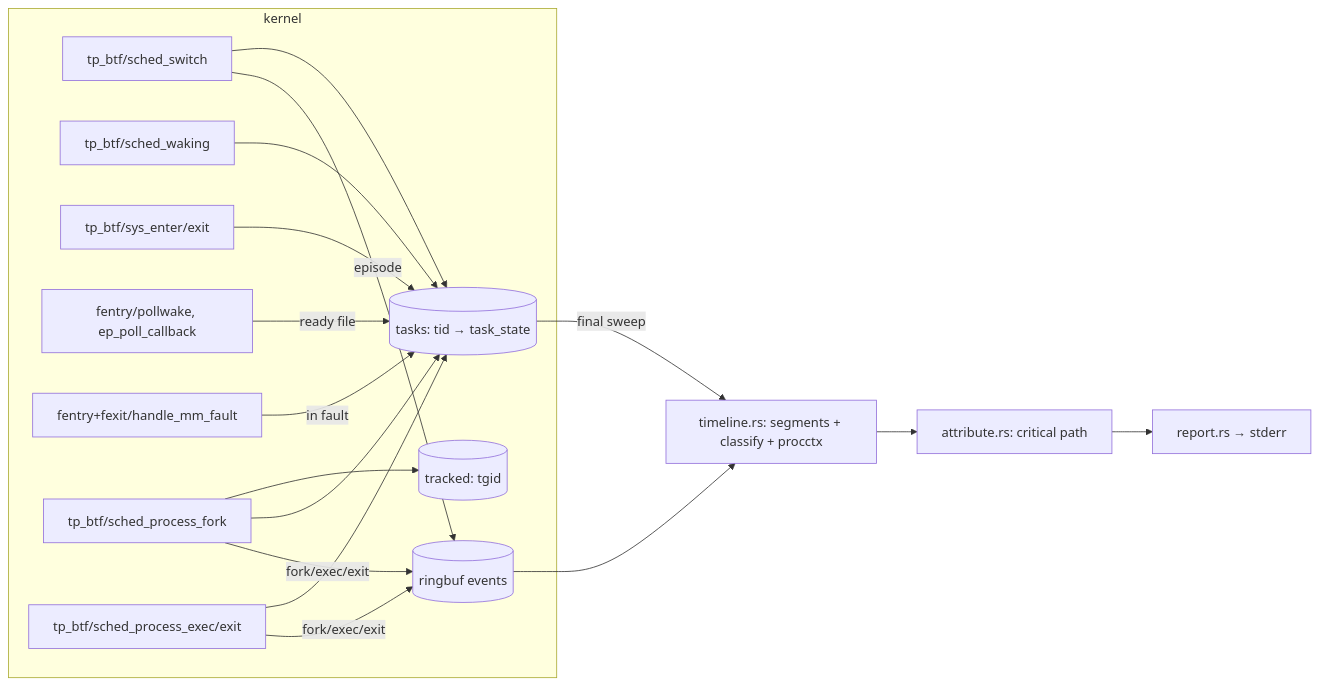
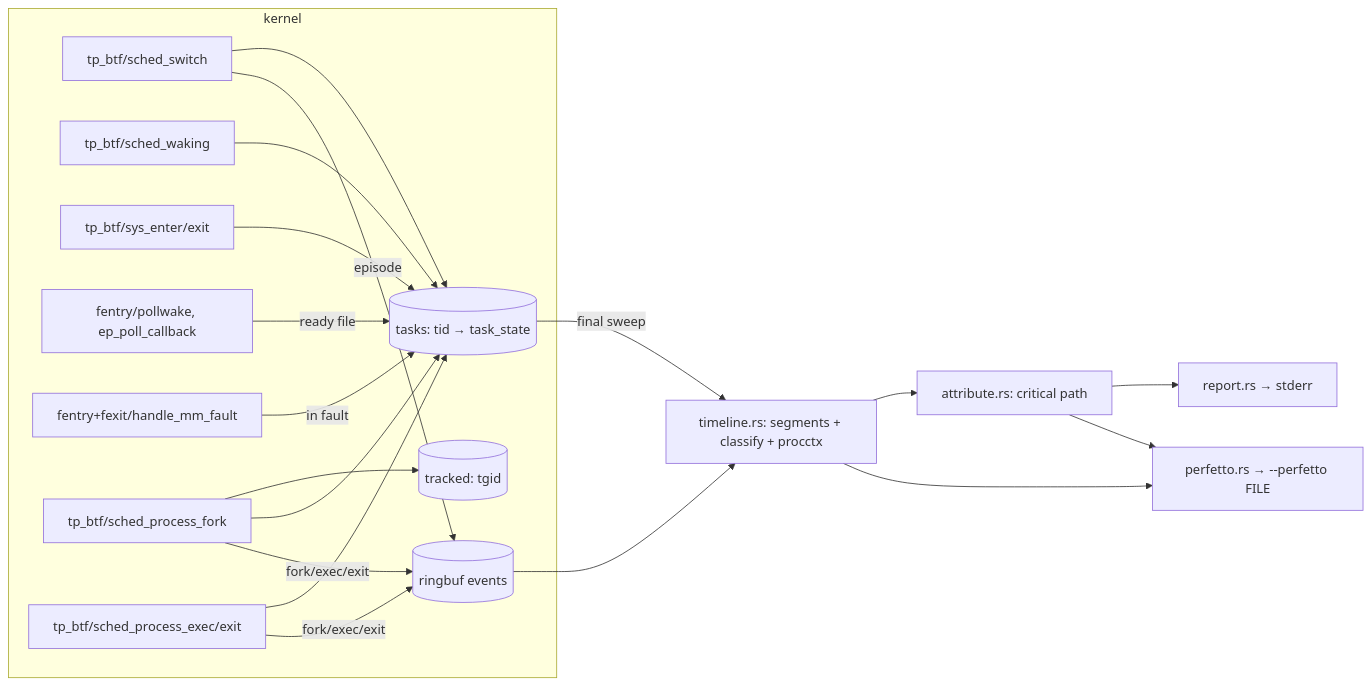
One commit to Arinerron/whytime changed the diagram in AGENTS.md. Above: the diagram before and after it, drawn with Mermaid. The commit also changed other lines of this file and 12 other files, not shown here.

Commit message:
feat/reports: shared OutputArgs (--json, --perfetto, --timeline) for wrap/attach/replay; parallelism; same-comm naming by argument suffix; CPU holders (held_by) on runqueue lines; Perfetto/Chrome trace export; timeline slices; e2e parallelism, same-comm, held-by

````diff
--- a/AGENTS.md
+++ b/AGENTS.md
@@ -123,18 +128,19 @@
 ```mermaid
 flowchart LR
   subgraph kernel
     SW[tp_btf/sched_switch] --> TS[(tasks: tid → task_state)]
     WK[tp_btf/sched_waking] --> TS
     SE[tp_btf/sys_enter/exit] --> TS
     PW[fentry/pollwake, ep_poll_callback] -- ready file --> TS
     MF[fentry+fexit/handle_mm_fault] -- in fault --> TS
     FK[tp_btf/sched_process_fork] --> TR[(tracked: tgid)]
     FK --> TS
     EX[tp_btf/sched_process_exec/exit] --> TS
     SW -- episode --> RB[(ringbuf events)]
     FK & EX -- fork/exec/exit --> RB
   end
   RB --> TL[timeline.rs: segments + classify + procctx]
   TS -- final sweep --> TL
   TL --> AT[attribute.rs: critical path] --> RP[report.rs → stderr]
+  AT & TL --> PF[perfetto.rs → --perfetto FILE]
 ```
````
